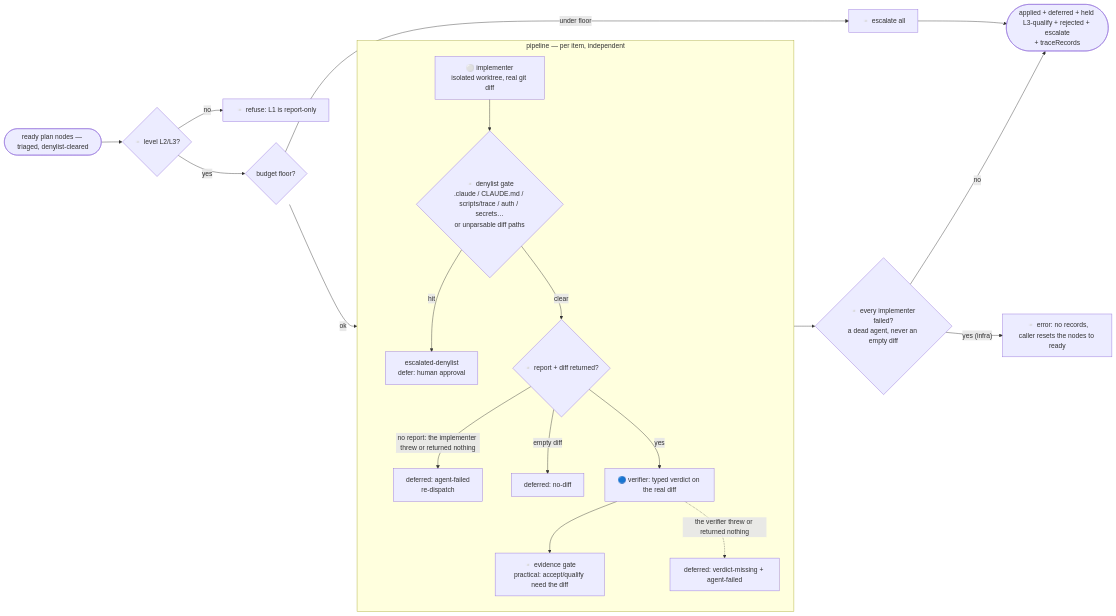
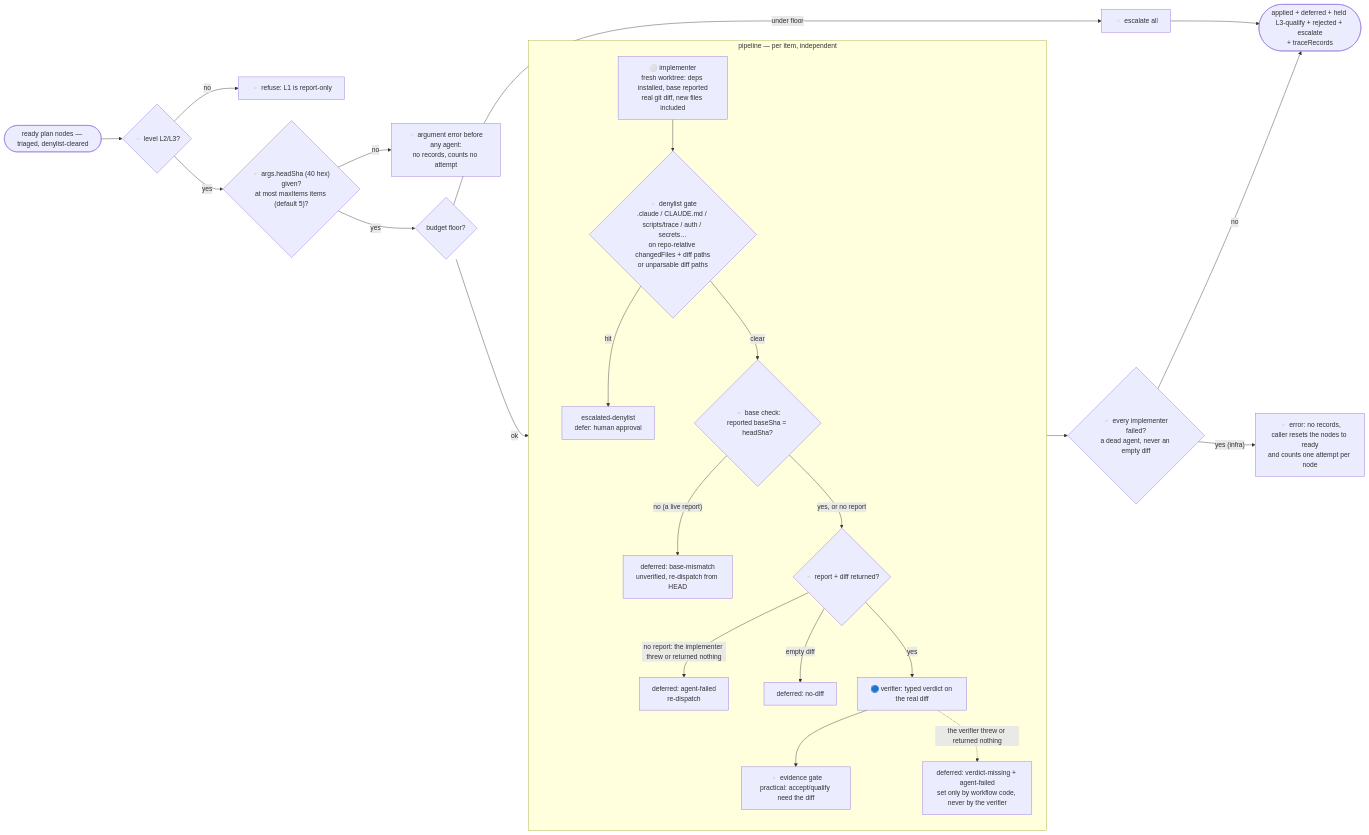
The sixth of 7 diagrams in docs/workflow-graphs.md (dominno/loop-setup), drawn with Mermaid before and after one commit. The commit also changed other lines of this file and 5 other files, not shown here.

First line of the commit message:
Loop dispatch hygiene: base-checked worktree implementers, maxItems, path normalization

````diff
--- a/docs/workflow-graphs.md
+++ b/docs/workflow-graphs.md
@@ -220,22 +222,26 @@
 ```mermaid
 flowchart LR
   items([ready plan nodes — triaged, denylist-cleared]) --> lvl{▫️ level L2/L3?}
   lvl -- no --> err[▫️ refuse: L1 is report-only]
-  lvl -- yes --> budget{budget floor?}
+  lvl -- yes --> argc{"▫️ args.headSha (40 hex) given?<br/>at most maxItems items (default 5)?"}
+  argc -- no --> aerr[▫️ argument error before any agent:<br/>no records, counts no attempt]
+  argc -- yes --> budget{budget floor?}
   budget -- "under floor" --> esc0[▫️ escalate all]
   budget -- ok --> P
   subgraph P["pipeline — per item, independent"]
-    impl[⚪ implementer<br/>isolated worktree, real git diff] --> dl{▫️ denylist gate<br/>.claude / CLAUDE.md / scripts/trace / auth / secrets…<br/>or unparsable diff paths}
+    impl[⚪ implementer<br/>fresh worktree: deps installed, base reported<br/>real git diff, new files included] --> dl{▫️ denylist gate<br/>.claude / CLAUDE.md / scripts/trace / auth / secrets…<br/>on repo-relative changedFiles + diff paths<br/>or unparsable diff paths}
     dl -- hit --> escd[escalated-denylist<br/>defer: human approval]
-    dl -- clear --> nd{▫️ report + diff returned?}
+    dl -- clear --> bm{"▫️ base check:<br/>reported baseSha = headSha?"}
+    bm -- "no (a live report)" --> dbm[deferred: base-mismatch<br/>unverified, re-dispatch from HEAD]
+    bm -- "yes, or no report" --> nd{▫️ report + diff returned?}
     nd -- "no report: the implementer threw or returned nothing" --> daf[deferred: agent-failed<br/>re-dispatch]
     nd -- "empty diff" --> dfr[deferred: no-diff]
     nd -- yes --> ver[🔵 verifier: typed verdict on the real diff]
     ver --> eg[▫️ evidence gate<br/>practical: accept/qualify need the diff]
-    ver -.->|the verifier threw or returned nothing| vaf[deferred: verdict-missing + agent-failed]
+    ver -.->|the verifier threw or returned nothing| vaf[deferred: verdict-missing + agent-failed<br/>set only by workflow code, never by the verifier]
   end
   P --> allf{"▫️ every implementer failed?<br/>a dead agent, never an empty diff"}
   allf -- no --> out([applied + deferred + held L3-qualify + rejected + escalate<br/>+ traceRecords])
-  allf -- "yes (infra)" --> erri[▫️ error: no records,<br/>caller resets the nodes to ready]
+  allf -- "yes (infra)" --> erri[▫️ error: no records,<br/>caller resets the nodes to ready<br/>and counts one attempt per node]
   esc0 --> out
 ```
````
